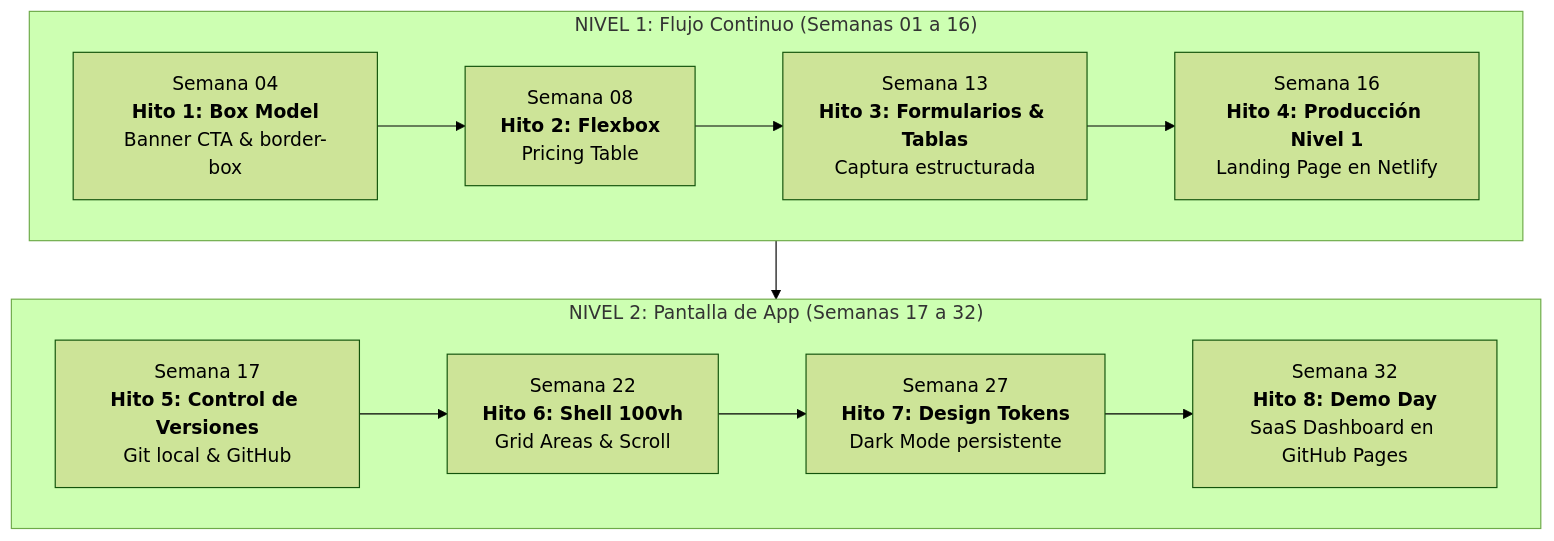
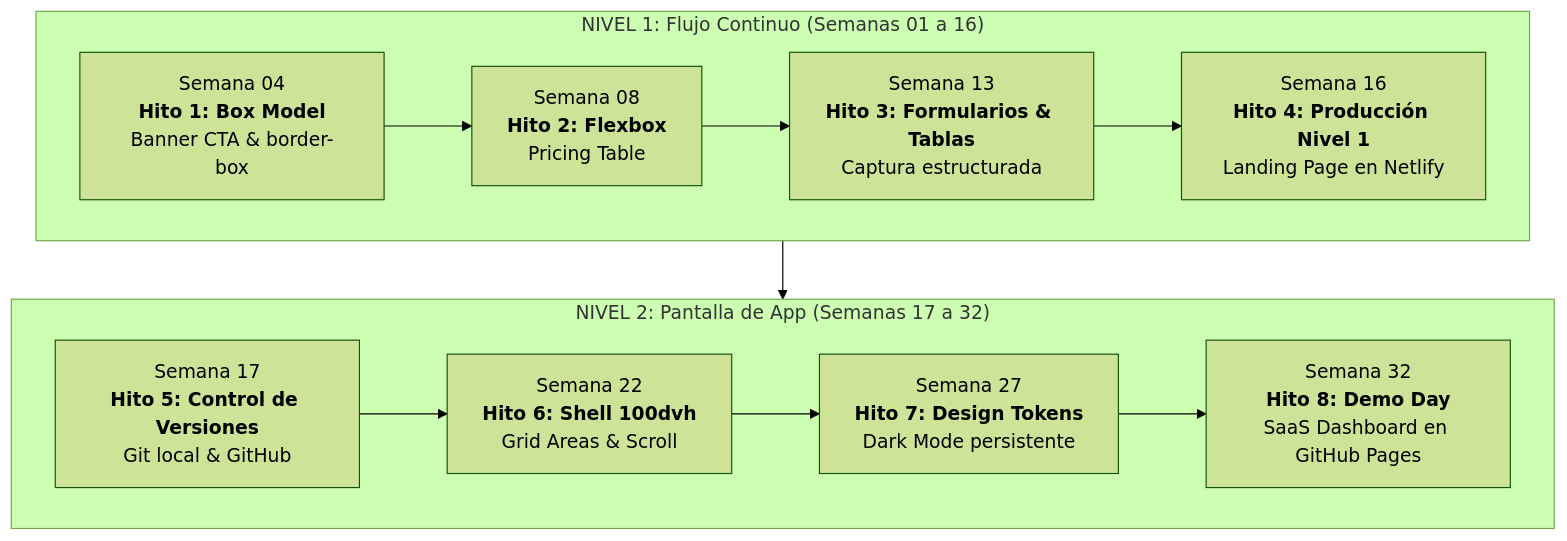
Before and after one commit to sergiogimenezclass/interfaces-web: the diagram in PROGRAMA.md, drawn with Mermaid (forest theme). The commit also changed other lines of this file and 1 other file, not shown here.

Commit message:
docs: consolidar mejoras pedagogicas (micro-diseno, js quirurgico, andamiaje a eleccion y viewport dvh)

````diff
--- a/PROGRAMA.md
+++ b/PROGRAMA.md
@@ -81,14 +85,14 @@
 ```mermaid
 flowchart TD
     subgraph N1["NIVEL 1: Flujo Continuo (Semanas 01 a 16)"]
         direction LR
         H1["Semana 04<br/><b>Hito 1: Box Model</b><br/>Banner CTA & border-box"] --> H2["Semana 08<br/><b>Hito 2: Flexbox</b><br/>Pricing Table"] --> H3["Semana 13<br/><b>Hito 3: Formularios & Tablas</b><br/>Captura estructurada"] --> H4["Semana 16<br/><b>Hito 4: Producción Nivel 1</b><br/>Landing Page en Netlify"]
     end
 
     subgraph N2["NIVEL 2: Pantalla de App (Semanas 17 a 32)"]
         direction LR
-        H5["Semana 17<br/><b>Hito 5: Control de Versiones</b><br/>Git local & GitHub"] --> H6["Semana 22<br/><b>Hito 6: Shell 100vh</b><br/>Grid Areas & Scroll"] --> H7["Semana 27<br/><b>Hito 7: Design Tokens</b><br/>Dark Mode persistente"] --> H8["Semana 32<br/><b>Hito 8: Demo Day</b><br/>SaaS Dashboard en GitHub Pages"]
+        H5["Semana 17<br/><b>Hito 5: Control de Versiones</b><br/>Git local & GitHub"] --> H6["Semana 22<br/><b>Hito 6: Shell 100dvh</b><br/>Grid Areas & Scroll"] --> H7["Semana 27<br/><b>Hito 7: Design Tokens</b><br/>Dark Mode persistente"] --> H8["Semana 32<br/><b>Hito 8: Demo Day</b><br/>SaaS Dashboard en GitHub Pages"]
     end
 
     H4 --> H5
 ```
````
